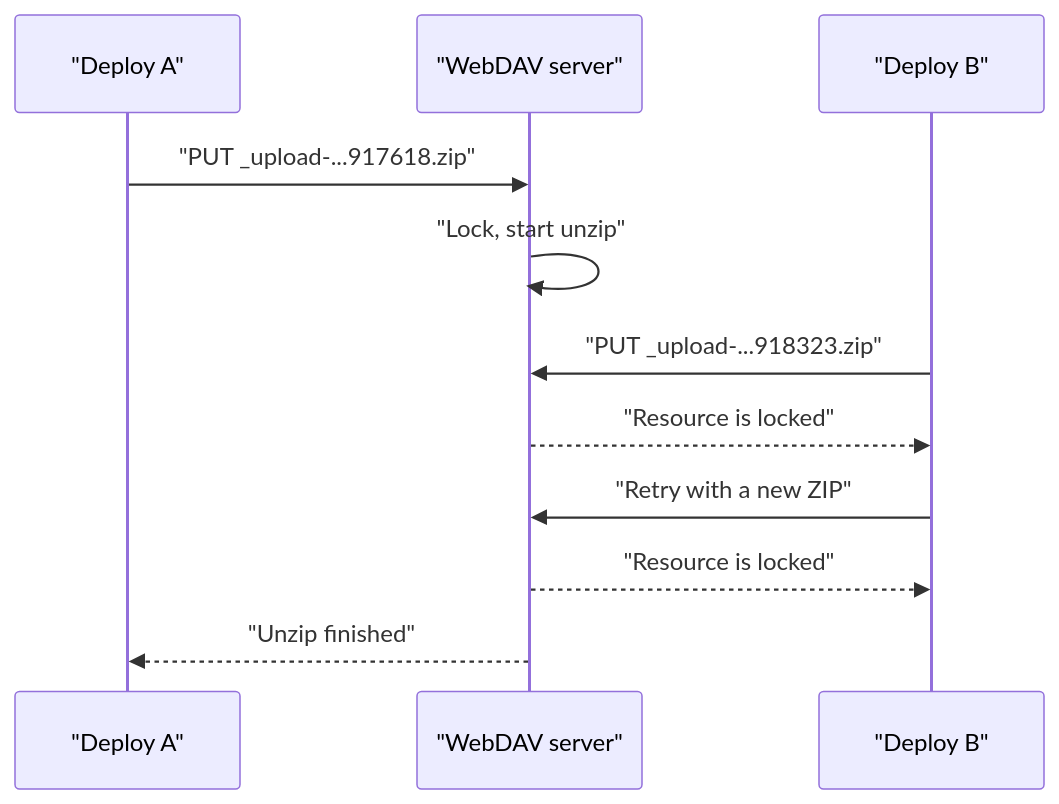
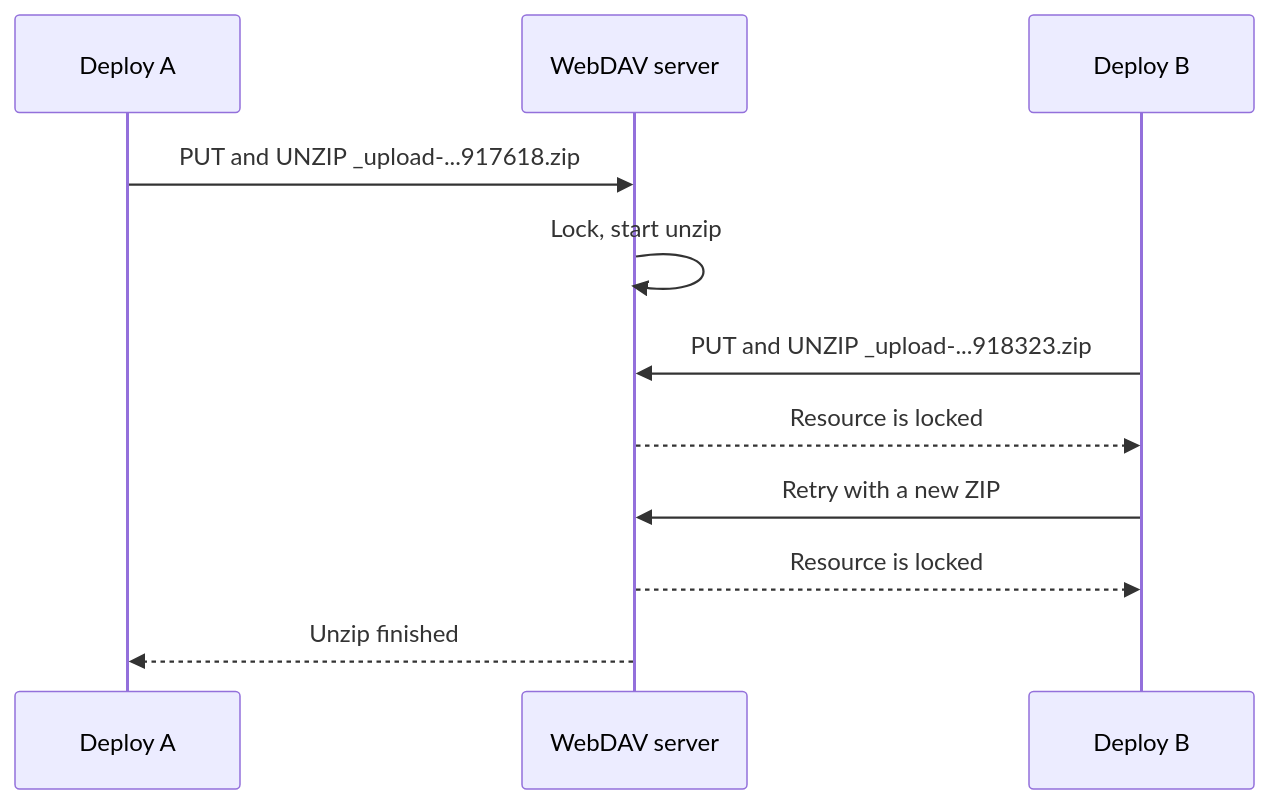
The first of 2 diagrams in src/content/posts/sfcc-webdav-deployment-failures-explained/index.md (taurgis/rhino-inquisitor-com), drawn with Mermaid before and after one commit. The commit also changed other lines of this file, not shown here.

First line of the commit message:
Apply per-chapter fact-check to the WebDAV deployment failures draft

````diff
--- a/src/content/posts/sfcc-webdav-deployment-failures-explained/index.md
+++ b/src/content/posts/sfcc-webdav-deployment-failures-explained/index.md
@@ -72,14 +74,14 @@
 ```mermaid
 sequenceDiagram
-    participant A as "Deploy A"
-    participant S as "WebDAV server"
-    participant B as "Deploy B"
+    participant A as Deploy A
+    participant S as WebDAV server
+    participant B as Deploy B
 
-    A->>S: "PUT _upload-...917618.zip"
-    S->>S: "Lock, start unzip"
-    B->>S: "PUT _upload-...918323.zip"
-    S-->>B: "Resource is locked"
-    B->>S: "Retry with a new ZIP"
-    S-->>B: "Resource is locked"
-    S-->>A: "Unzip finished"
+    A->>S: PUT and UNZIP _upload-...917618.zip
+    S->>S: Lock, start unzip
+    B->>S: PUT and UNZIP _upload-...918323.zip
+    S-->>B: Resource is locked
+    B->>S: Retry with a new ZIP
+    S-->>B: Resource is locked
+    S-->>A: Unzip finished
 ```
````
